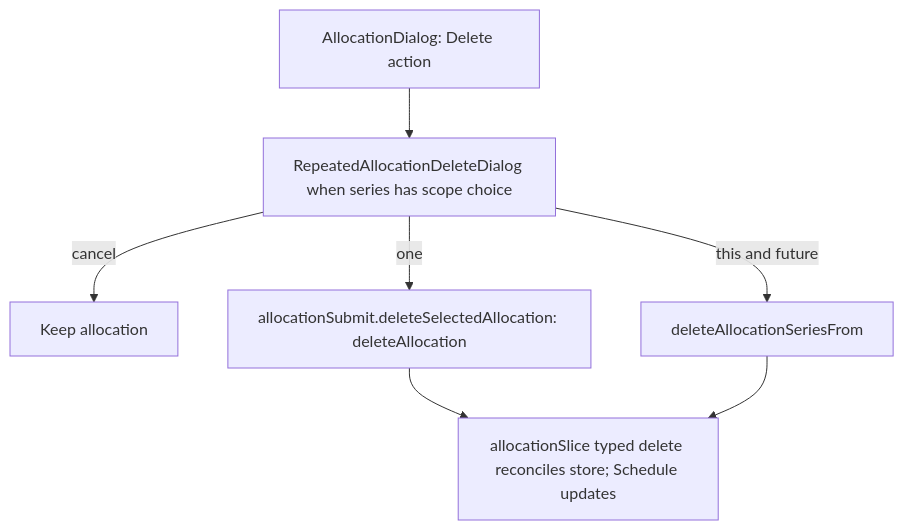
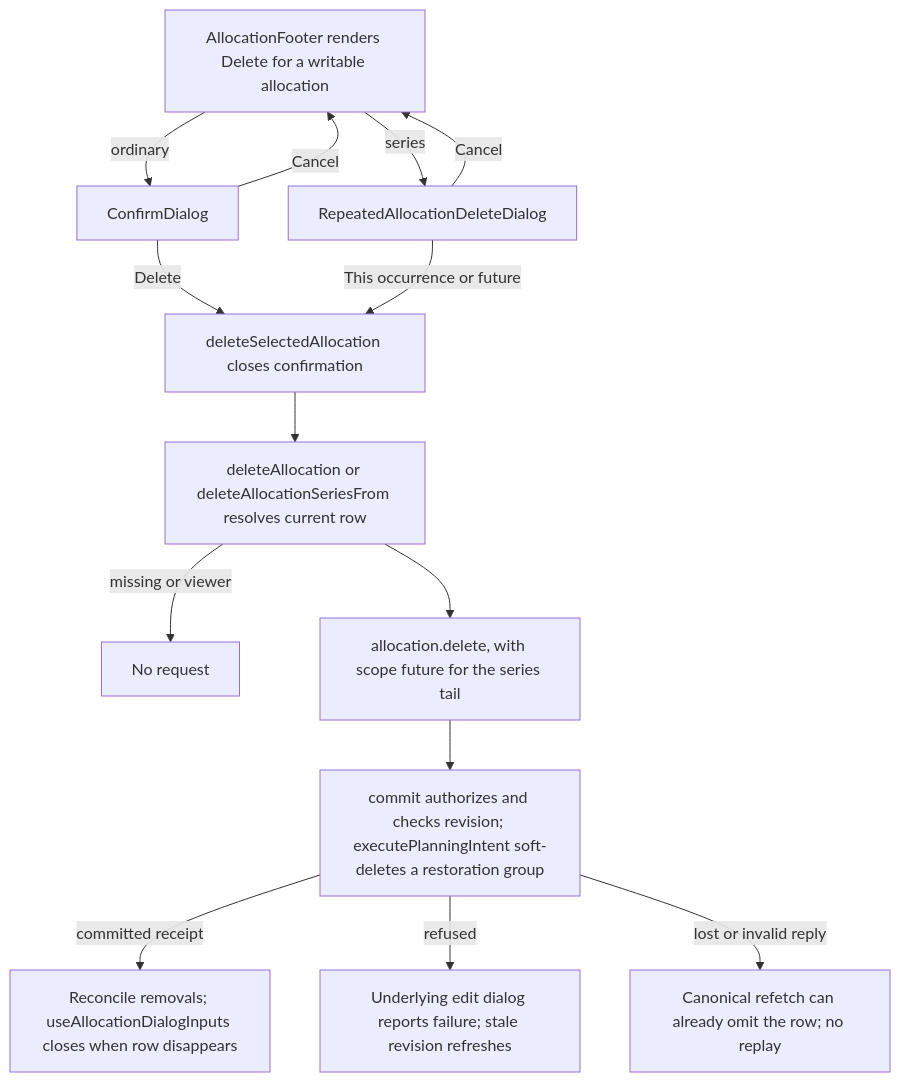
The second of 2 diagrams in user-stories/allocation/US-ALL-04-delete.md (Kevinjohn/capacitylens), drawn with Mermaid before and after one commit. The commit also changed other lines of this file and 172 other files, not shown here.

Commit message:
docs: reconcile user story code flows with source

````diff
--- a/user-stories/allocation/US-ALL-04-delete.md
+++ b/user-stories/allocation/US-ALL-04-delete.md
@@ -38,9 +38,16 @@
 ```mermaid
 flowchart TD
-  A["AllocationDialog: Delete action"] --> B["RepeatedAllocationDeleteDialog when series has scope choice"]
-  B -->|cancel| C["Keep allocation"]
-  B -->|one| D["allocationSubmit.deleteSelectedAllocation: deleteAllocation"]
-  B -->|this and future| E["deleteAllocationSeriesFrom"]
-  D --> F["allocationSlice typed delete reconciles store; Schedule updates"]
-  E --> F
+  Edit["AllocationFooter renders Delete for a writable allocation"] -->|ordinary| One["ConfirmDialog"]
+  Edit -->|series| Series["RepeatedAllocationDeleteDialog"]
+  One -->|Cancel| Edit
+  Series -->|Cancel| Edit
+  One -->|Delete| Close["deleteSelectedAllocation closes confirmation"]
+  Series -->|This occurrence or future| Close
+  Close --> Check["deleteAllocation or deleteAllocationSeriesFrom resolves current row"]
+  Check -->|missing or viewer| Noop["No request"]
+  Check --> Send["allocation.delete, with scope future for the series tail"]
+  Send --> Commit["commit authorizes and checks revision; executePlanningIntent soft-deletes a restoration group"]
+  Commit -->|committed receipt| Gone["Reconcile removals; useAllocationDialogInputs closes when row disappears"]
+  Commit -->|refused| Err["Underlying edit dialog reports failure; stale revision refreshes"]
+  Commit -->|lost or invalid reply| Unknown["Canonical refetch can already omit the row; no replay"]
 ```
````
